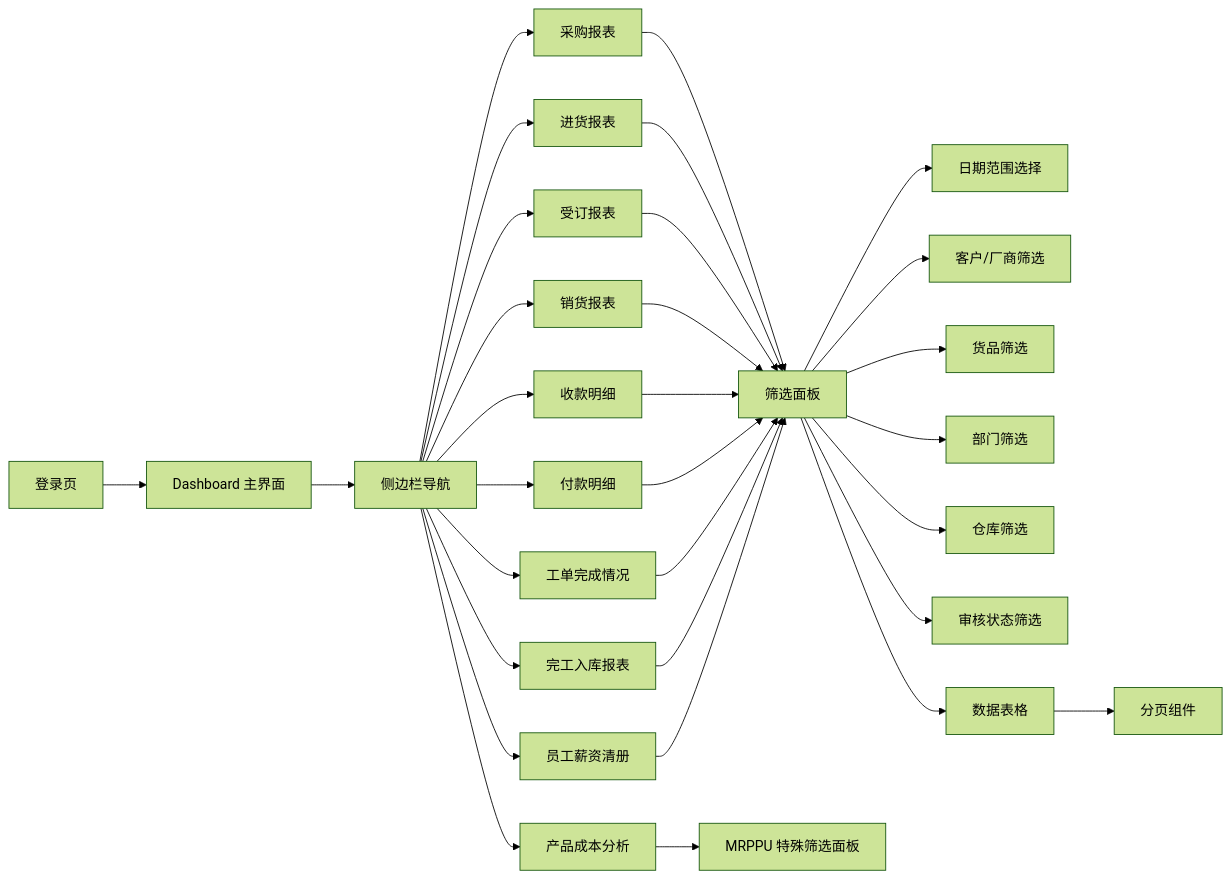
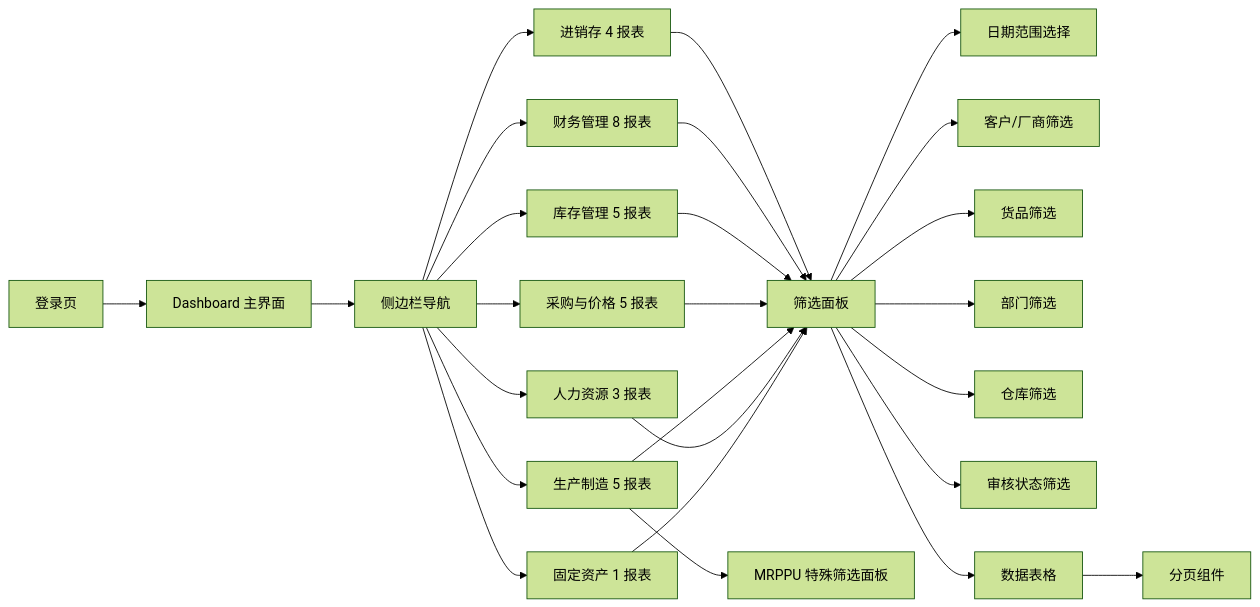
One commit to ksmingkimo/AsCoding changed the fifth of 9 diagrams in 流程图.md. Above: the diagram before and after it, drawn with Mermaid (forest theme). The commit also changed other lines of this file and 15 other files, not shown here.

````diff
--- a/流程图.md
+++ b/流程图.md
@@ -150,28 +180,25 @@
 ```mermaid
 flowchart LR
     Login[登录页] --> Dashboard[Dashboard 主界面]
 
     Dashboard --> Sidebar[侧边栏导航]
-    Sidebar --> R1[采购报表]
-    Sidebar --> R2[进货报表]
-    Sidebar --> R3[受订报表]
-    Sidebar --> R4[销货报表]
-    Sidebar --> R5[收款明细]
-    Sidebar --> R6[付款明细]
-    Sidebar --> R7[工单完成情况]
-    Sidebar --> R8[完工入库报表]
-    Sidebar --> R9[产品成本分析]
-    Sidebar --> R10[员工薪资清册]
+    Sidebar --> R1[进销存 4 报表]
+    Sidebar --> R2[财务管理 8 报表]
+    Sidebar --> R3[库存管理 5 报表]
+    Sidebar --> R4[采购与价格 5 报表]
+    Sidebar --> R5[生产制造 5 报表]
+    Sidebar --> R6[人力资源 3 报表]
+    Sidebar --> R7[固定资产 1 报表]
 
-    R1 & R2 & R3 & R4 & R5 & R6 & R7 & R8 & R10 --> FilterPanel[筛选面板]
-    R9 --> FilterPanelMRPPU[MRPPU 特殊筛选面板]
+    R1 & R2 & R3 & R4 & R5 & R6 & R7 --> FilterPanel[筛选面板]
+    R5 --> FilterPanelMRPPU[MRPPU 特殊筛选面板]
     FilterPanel --> DatePick[日期范围选择]
     FilterPanel --> CustPick[客户/厂商筛选]
     FilterPanel --> PrdPick[货品筛选]
     FilterPanel --> DepPick[部门筛选]
     FilterPanel --> WhPick[仓库筛选]
     FilterPanel --> StatusPick[审核状态筛选]
 
     FilterPanel --> Table[数据表格]
     Table --> Pagination[分页组件]
 ```
````
